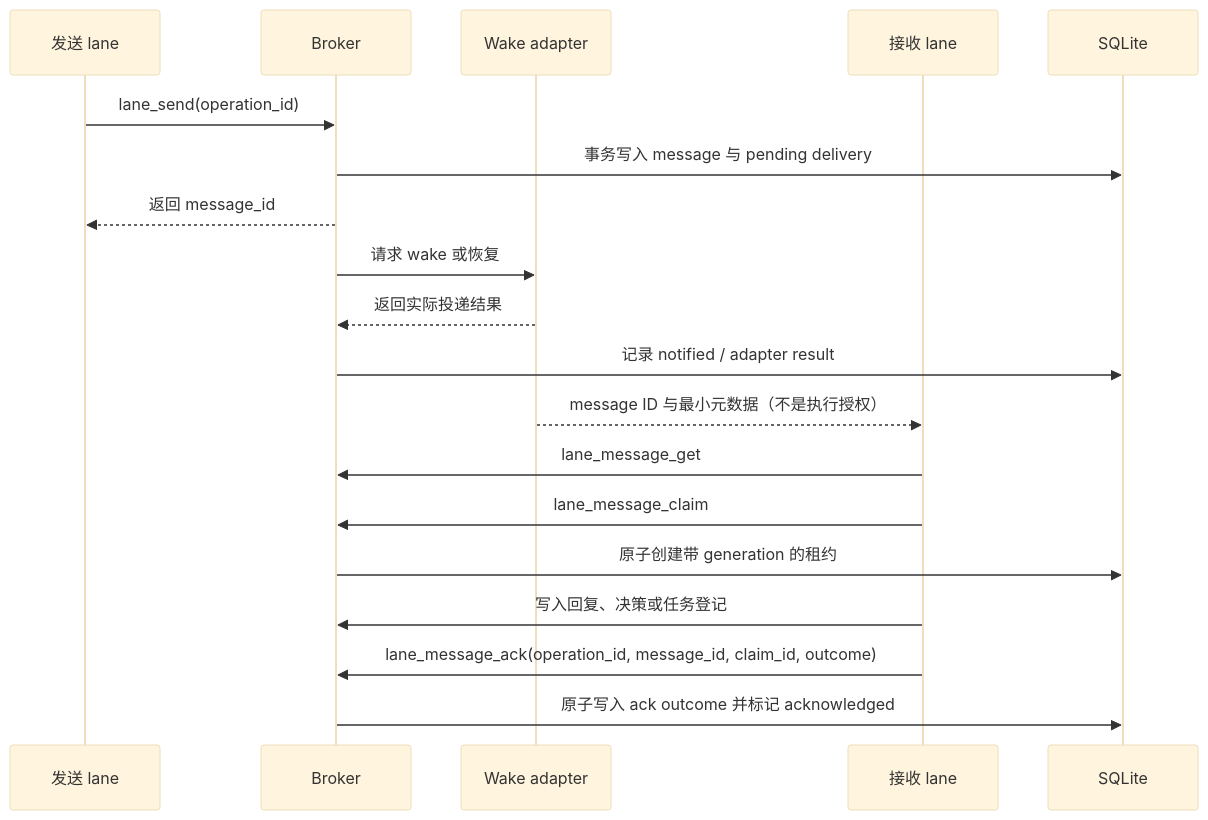
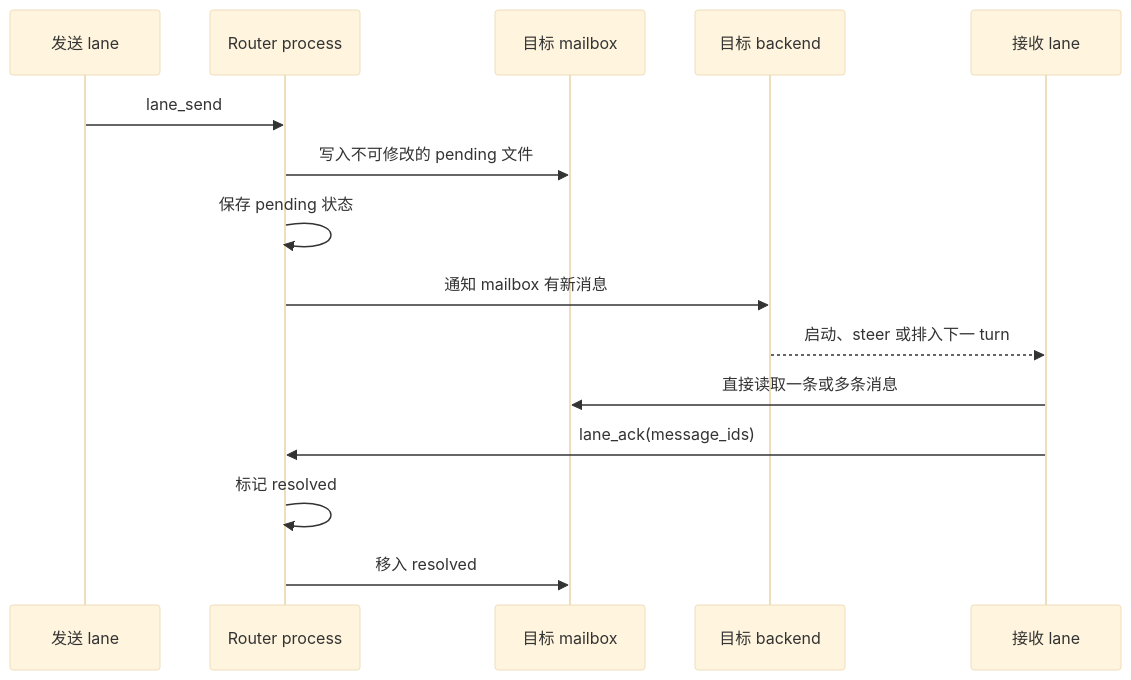
The third of 3 diagrams in docs/superpowers/specs/2026-08-07-lane-router-design.md (MotionlessPeri/lane-router), drawn with Mermaid (base theme) before and after one commit. The commit also changed other lines of this file and 81 other files, not shown here.

Commit message:
refactor: remove legacy lane router scope

````diff
--- a/docs/superpowers/specs/2026-08-07-lane-router-design.md
+++ b/docs/superpowers/specs/2026-08-07-lane-router-design.md
@@ -200,22 +200,18 @@
 ```mermaid
 sequenceDiagram
-    participant S as 发送 lane
-    participant B as Broker
-    participant A as Wake adapter
-    participant R as 接收 lane
-    participant D as SQLite
+    participant Sender as 发送 lane
+    participant Router as Router process
+    participant Mailbox as 目标 mailbox
+    participant Backend as 目标 backend
+    participant Receiver as 接收 lane
 
-    S->>B: lane_send(operation_id)
-    B->>D: 事务写入 message 与 pending delivery
-    B-->>S: 返回 message_id
-    B->>A: 请求 wake 或恢复
-    A-->>B: 返回实际投递结果
-    B->>D: 记录 notified / adapter result
-    A-->>R: message ID 与最小元数据（不是执行授权）
-    R->>B: lane_message_get
-    R->>B: lane_message_claim
-    B->>D: 原子创建带 generation 的租约
-    R->>B: 写入回复、决策或任务登记
-    R->>B: lane_message_ack(operation_id, message_id, claim_id, outcome)
-    B->>D: 原子写入 ack outcome 并标记 acknowledged
+    Sender->>Router: lane_send
+    Router->>Mailbox: 写入不可修改的 pending 文件
+    Router->>Router: 保存 pending 状态
+    Router->>Backend: 通知 mailbox 有新消息
+    Backend-->>Receiver: 启动、steer 或排入下一 turn
+    Receiver->>Mailbox: 直接读取一条或多条消息
+    Receiver->>Router: lane_ack(message_ids)
+    Router->>Router: 标记 resolved
+    Router->>Mailbox: 移入 resolved
 ```
````
